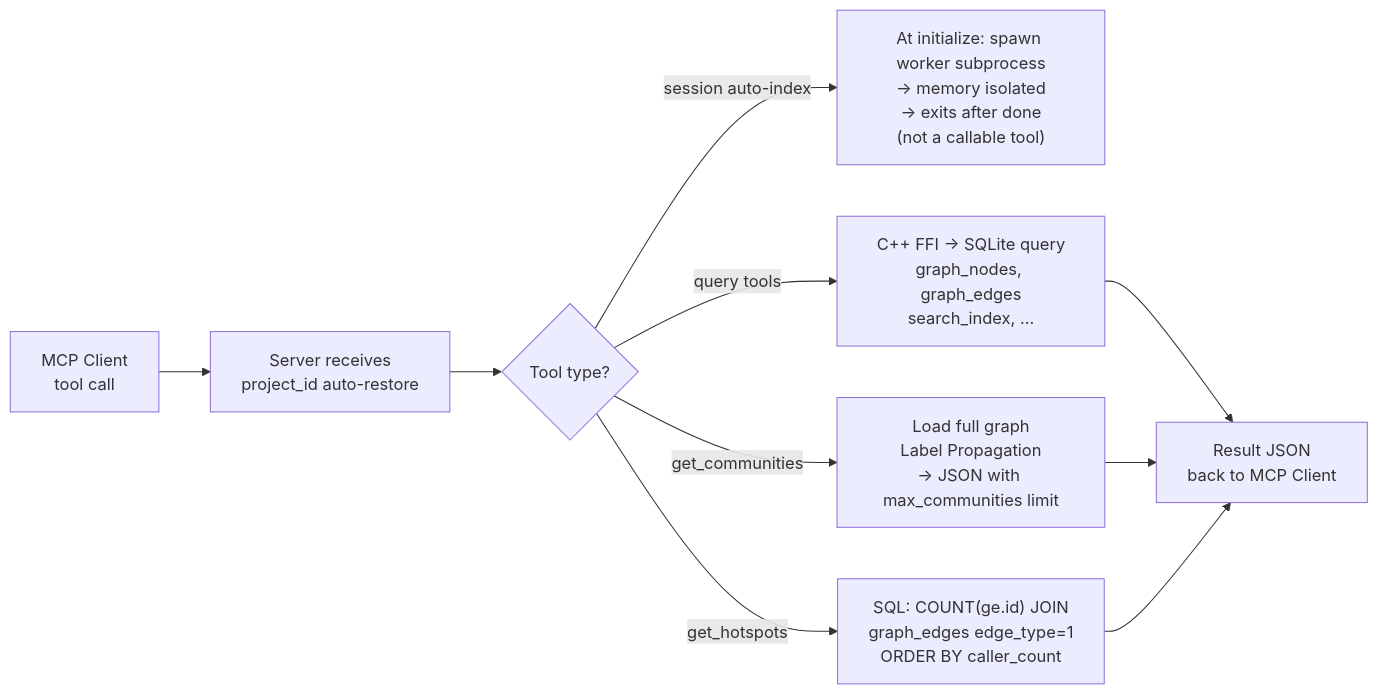
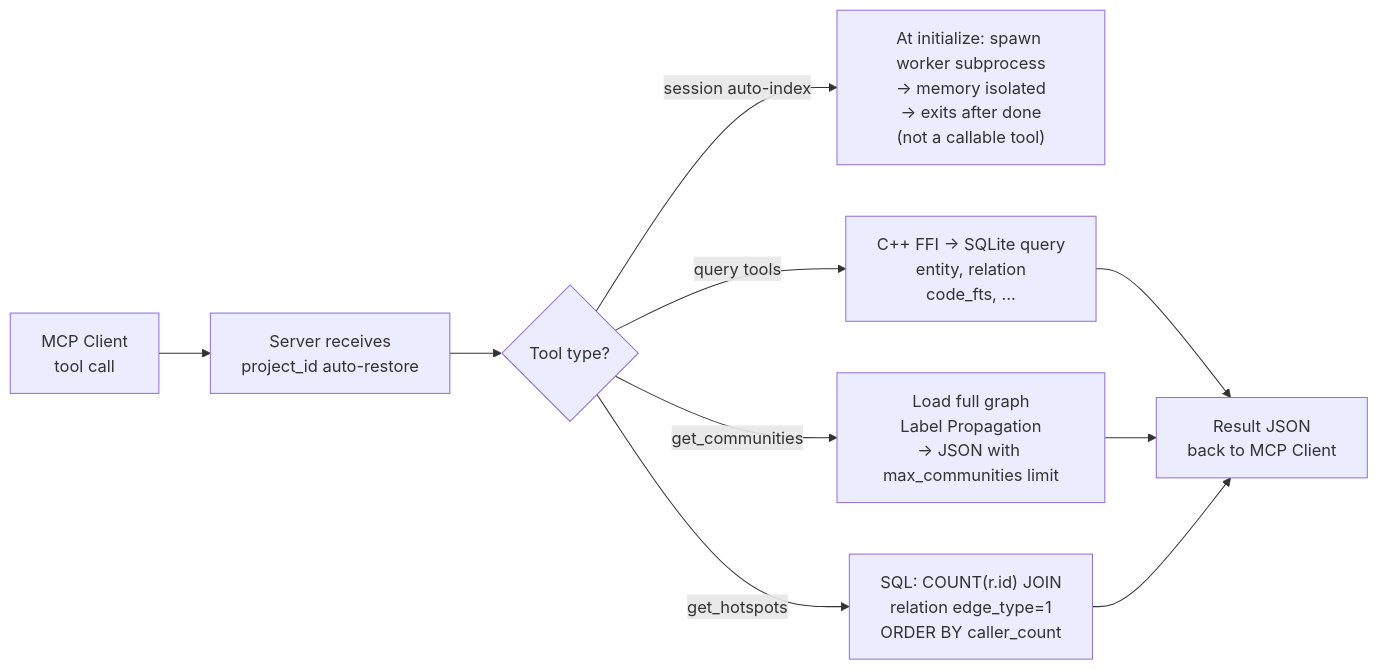
One commit to Timwood0x10/CodeScope changed the second of 3 diagrams in README.md. Above: the diagram before and after it, drawn with Mermaid. The commit also changed other lines of this file and 37 other files, not shown here.

````diff
--- a/README.md
+++ b/README.md
@@ -163,12 +163,12 @@
 ```mermaid
 flowchart LR
     Q["MCP Client<br/>tool call"] --> Q1["Server receives<br/>project_id auto-restore"]
     Q1 -->     Q2{"Tool type?"}
     Q2 -->|"session auto-index"| Q3["At initialize: spawn worker subprocess<br/>→ memory isolated<br/>→ exits after done<br/>(not a callable tool)"]
-    Q2 -->|"query tools"| Q4["C++ FFI → SQLite query<br/>graph_nodes, graph_edges<br/>search_index, ..."]
+    Q2 -->|"query tools"| Q4["C++ FFI → SQLite query<br/>entity, relation<br/>code_fts, ..."]
     Q2 -->|"get_communities"| Q5["Load full graph<br/>Label Propagation<br/>→ JSON with max_communities limit"]
-    Q2 -->|"get_hotspots"| Q6["SQL: COUNT(ge.id) JOIN<br/>graph_edges edge_type=1<br/>ORDER BY caller_count"]
+    Q2 -->|"get_hotspots"| Q6["SQL: COUNT(r.id) JOIN<br/>relation edge_type=1<br/>ORDER BY caller_count"]
     Q4 --> R["Result JSON<br/>back to MCP Client"]
     Q5 --> R
     Q6 --> R
 ```
````
